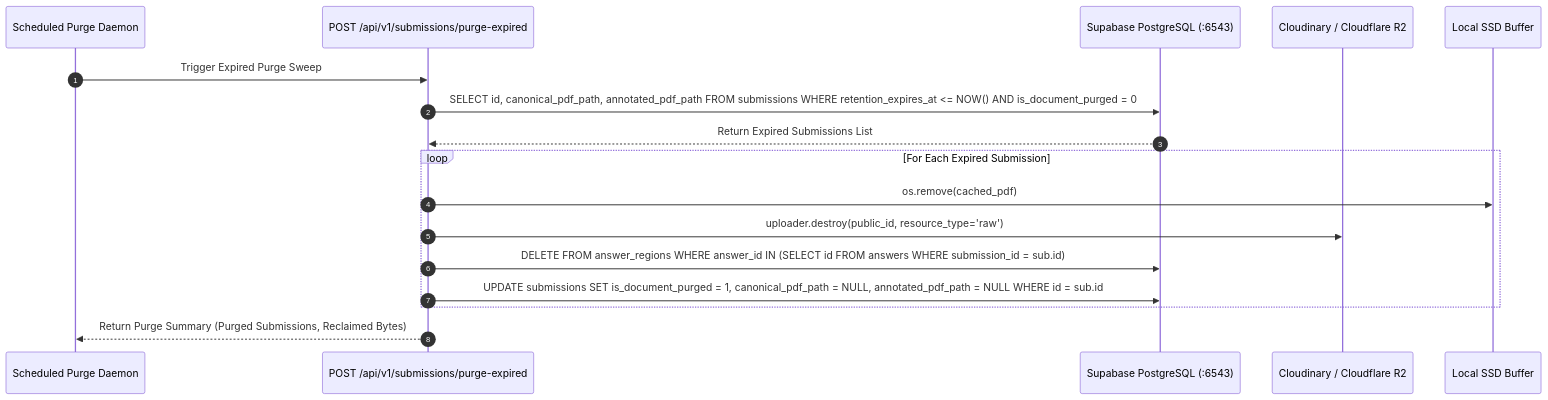
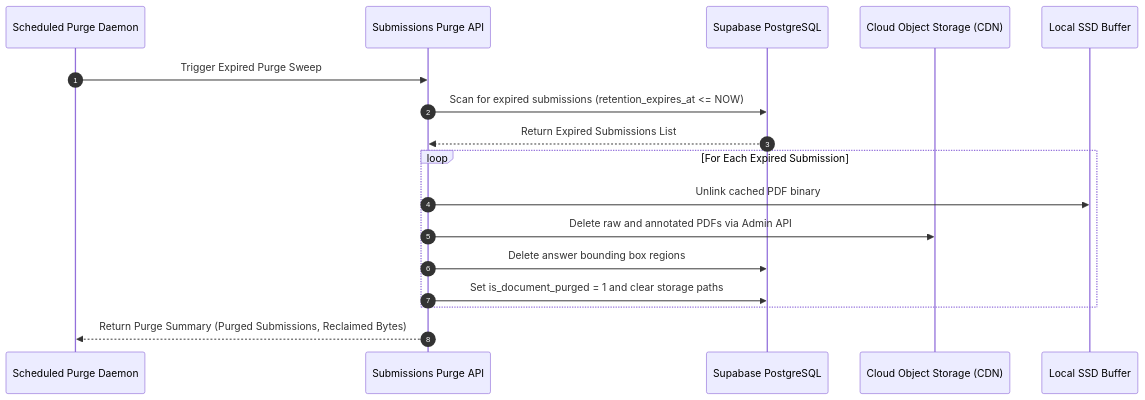
One commit to T4RuN05/papergrade.ai changed the fourth of 5 diagrams in README.md. Above: the diagram before and after it, drawn with Mermaid. The commit also changed other lines of this file, not shown here.

Commit message:
fix(docs): resolve Mermaid syntax parse errors and remove local machine file paths

````diff
--- a/README.md
+++ b/README.md
@@ -698,20 +698,20 @@
 ```mermaid
 sequenceDiagram
     autonumber
     participant Daemon as Scheduled Purge Daemon
-    participant API as POST /api/v1/submissions/purge-expired
-    participant DB as Supabase PostgreSQL (:6543)
-    participant CDN as Cloudinary / Cloudflare R2
+    participant API as Submissions Purge API
+    participant DB as Supabase PostgreSQL
+    participant CDN as Cloud Object Storage (CDN)
     participant Disk as Local SSD Buffer
 
     Daemon->>API: Trigger Expired Purge Sweep
-    API->>DB: SELECT id, canonical_pdf_path, annotated_pdf_path FROM submissions WHERE retention_expires_at <= NOW() AND is_document_purged = 0
+    API->>DB: Scan for expired submissions (retention_expires_at <= NOW)
     DB-->>API: Return Expired Submissions List
     loop For Each Expired Submission
-        API->>Disk: os.remove(cached_pdf)
-        API->>CDN: uploader.destroy(public_id, resource_type='raw')
-        API->>DB: DELETE FROM answer_regions WHERE answer_id IN (SELECT id FROM answers WHERE submission_id = sub.id)
-        API->>DB: UPDATE submissions SET is_document_purged = 1, canonical_pdf_path = NULL, annotated_pdf_path = NULL WHERE id = sub.id
+        API->>Disk: Unlink cached PDF binary
+        API->>CDN: Delete raw and annotated PDFs via Admin API
+        API->>DB: Delete answer bounding box regions
+        API->>DB: Set is_document_purged = 1 and clear storage paths
     end
     API-->>Daemon: Return Purge Summary (Purged Submissions, Reclaimed Bytes)
 ```
````
